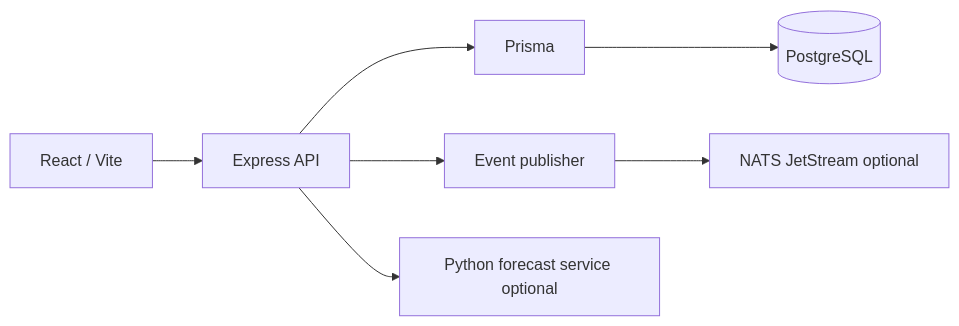
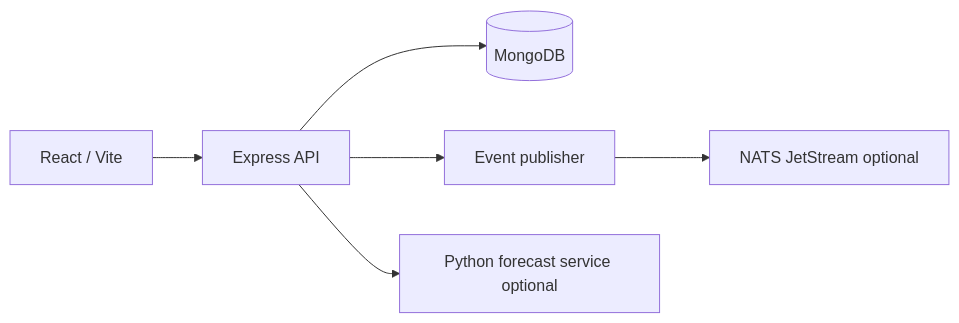
One commit to Raghurajpratapsingh28/invorra-monorepo changed the second of 2 diagrams in README.md. Above: the diagram before and after it, drawn with Mermaid. The commit also changed other lines of this file and 62 other files, not shown here.

Commit message:
Refactor application to use MongoDB instead of PostgreSQL.

````diff
--- a/README.md
+++ b/README.md
@@ -42,9 +42,8 @@
 ```mermaid
 flowchart LR
   web[React / Vite] --> api[Express API]
-  api --> prisma[Prisma]
-  prisma --> postgres[(PostgreSQL)]
+  api --> mongo[(MongoDB)]
   api --> events[Event publisher]
   events --> nats[NATS JetStream optional]
   api --> ml[Python forecast service optional]
 ```
````
